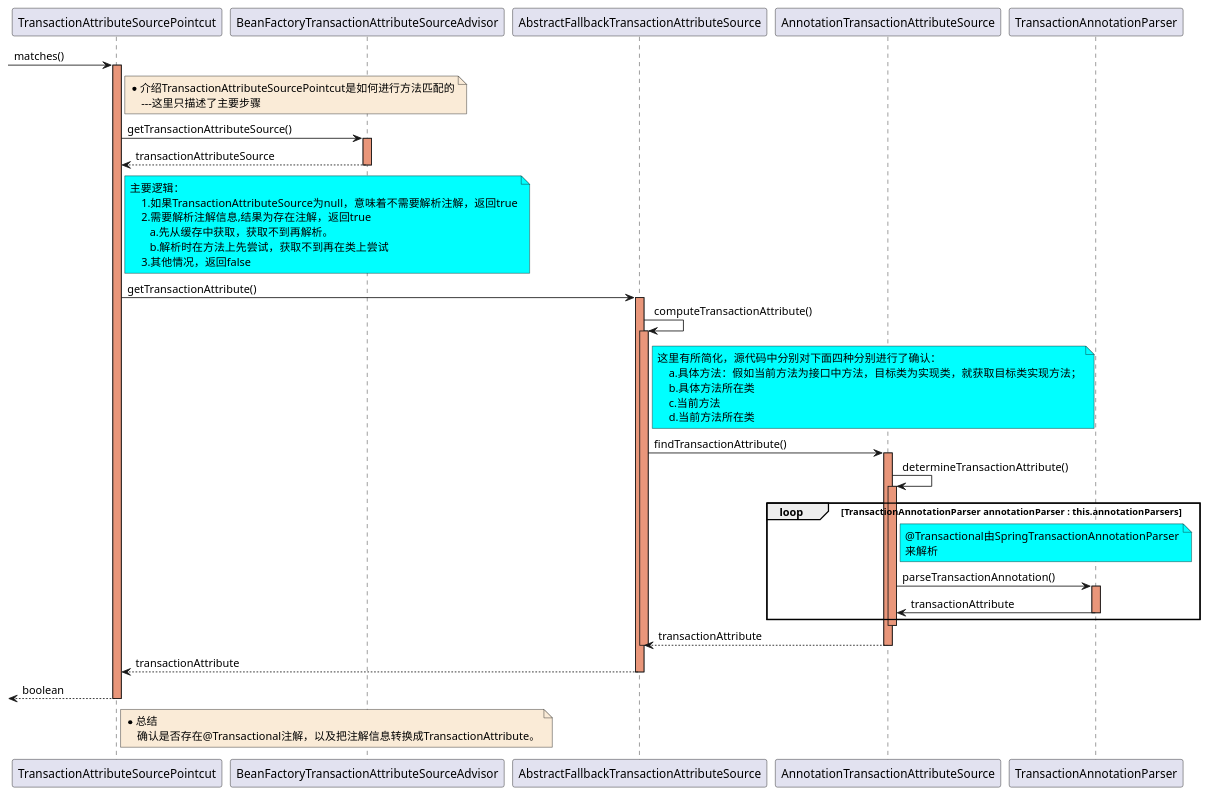
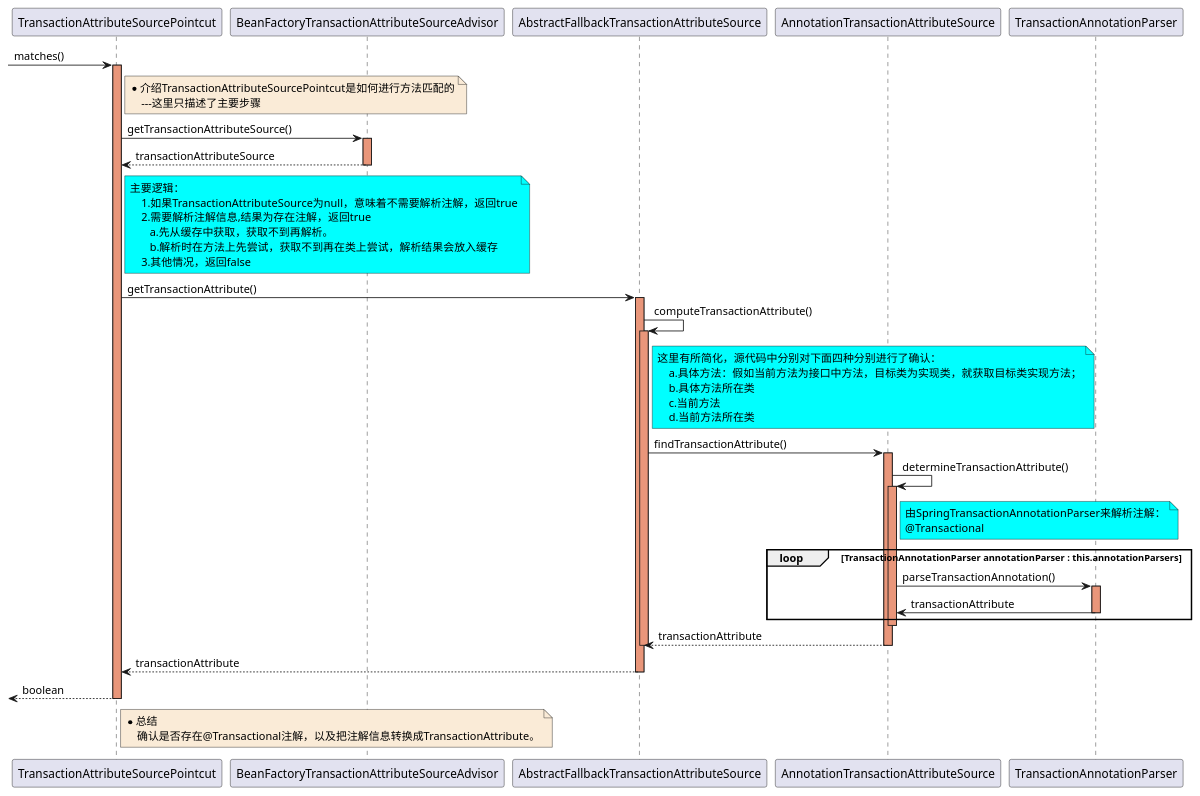
One commit to czwer/learn-spring-code changed the diagram in document/spring/data/sequence/Transaction-TransactionAttributeSourcePointcut_matches-sequence.puml. Above: the diagram before and after it, drawn with PlantUML. The commit also changed 14 other files, not shown here.

Commit message:
修改缓存类图，时序图

```diff
--- a/document/spring/data/sequence/Transaction-TransactionAttributeSourcePointcut_matches-sequence.puml
+++ b/document/spring/data/sequence/Transaction-TransactionAttributeSourcePointcut_matches-sequence.puml
@@ -1,70 +1,70 @@
 @startuml
 -> TransactionAttributeSourcePointcut: matches()
 activate TransactionAttributeSourcePointcut #DarkSalmon
 
     note right of TransactionAttributeSourcePointcut #FAEBD7
         *介绍TransactionAttributeSourcePointcut是如何进行方法匹配的
             ---这里只描述了主要步骤
     end note
     TransactionAttributeSourcePointcut -> BeanFactoryTransactionAttributeSourceAdvisor : getTransactionAttributeSource()
     activate BeanFactoryTransactionAttributeSourceAdvisor #DarkSalmon
     BeanFactoryTransactionAttributeSourceAdvisor --> TransactionAttributeSourcePointcut : transactionAttributeSource
     deactivate BeanFactoryTransactionAttributeSourceAdvisor
 
     note right of TransactionAttributeSourcePointcut #aqua
         主要逻辑：
             1.如果TransactionAttributeSource为null，意味着不需要解析注解，返回true
             2.需要解析注解信息,结果为存在注解，返回true
                a.先从缓存中获取，获取不到再解析。
-               b.解析时在方法上先尝试，获取不到再在类上尝试
+               b.解析时在方法上先尝试，获取不到再在类上尝试，解析结果会放入缓存
             3.其他情况，返回false
     end note
     TransactionAttributeSourcePointcut -> AbstractFallbackTransactionAttributeSource : getTransactionAttribute()
     activate AbstractFallbackTransactionAttributeSource #DarkSalmon
 
         AbstractFallbackTransactionAttributeSource -> AbstractFallbackTransactionAttributeSource : computeTransactionAttribute()
         activate AbstractFallbackTransactionAttributeSource #DarkSalmon
             note right of AbstractFallbackTransactionAttributeSource #aqua
                 这里有所简化，源代码中分别对下面四种分别进行了确认：
                     a.具体方法：假如当前方法为接口中方法，目标类为实现类，就获取目标类实现方法；
                     b.具体方法所在类
                     c.当前方法
                     d.当前方法所在类
             end note
 
             AbstractFallbackTransactionAttributeSource -> AnnotationTransactionAttributeSource:findTransactionAttribute()
             activate AnnotationTransactionAttributeSource #DarkSalmon
 
                 AnnotationTransactionAttributeSource -> AnnotationTransactionAttributeSource : determineTransactionAttribute()
                 activate AnnotationTransactionAttributeSource #DarkSalmon
+                    note right of AnnotationTransactionAttributeSource #aqua
+                        由SpringTransactionAnnotationParser来解析注解：
+                        @Transactional
+                    end note
+                    loop TransactionAnnotationParser annotationParser : this.annotationParsers
 
-                    loop TransactionAnnotationParser annotationParser : this.annotationParsers
-                        note right of AnnotationTransactionAttributeSource #aqua
-                            @Transactional由SpringTransactionAnnotationParser
-                            来解析
-                        end note
                         AnnotationTransactionAttributeSource -> TransactionAnnotationParser : parseTransactionAnnotation()
                         activate TransactionAnnotationParser #DarkSalmon
                         TransactionAnnotationParser -> AnnotationTransactionAttributeSource : transactionAttribute
                         deactivate TransactionAnnotationParser
                     end
 
                 deactivate AnnotationTransactionAttributeSource
 
             AnnotationTransactionAttributeSource --> AbstractFallbackTransactionAttributeSource : transactionAttribute
             deactivate AnnotationTransactionAttributeSource
 
         deactivate AbstractFallbackTransactionAttributeSource
 
     AbstractFallbackTransactionAttributeSource --> TransactionAttributeSourcePointcut : transactionAttribute
     deactivate AbstractFallbackTransactionAttributeSource
 
 <-- TransactionAttributeSourcePointcut: boolean
 deactivate TransactionAttributeSourcePointcut
 
 note right of TransactionAttributeSourcePointcut #FAEBD7
     *总结
         确认是否存在@Transactional注解，以及把注解信息转换成TransactionAttribute。
 end note
 
 @enduml
```
